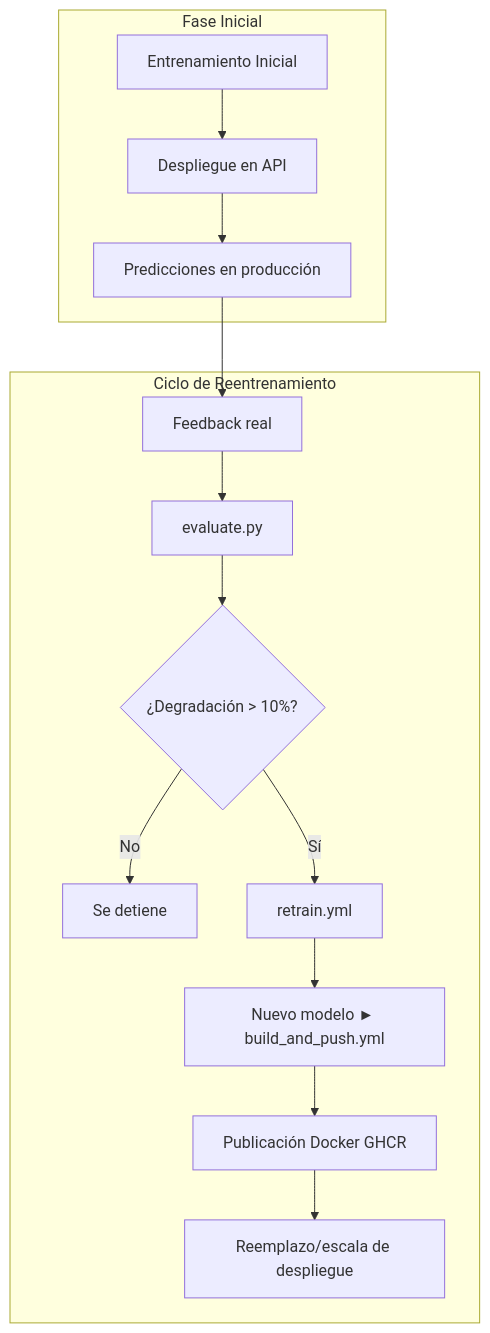
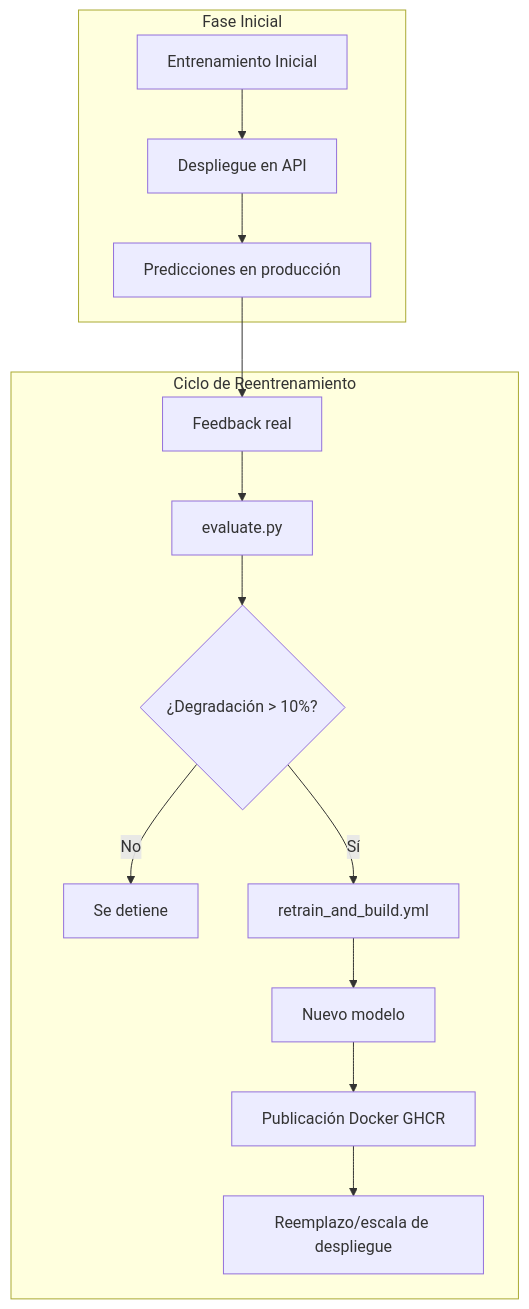
The diagram in README.md (sisazac23/MELI-challenge), drawn with Mermaid before and after one commit.

Commit message:
cambio sobre gráfico de arquitectura

````diff
--- a/README.md
+++ b/README.md
@@ -50,17 +50,17 @@
 ```mermaid
 graph TD
     subgraph "Fase Inicial"
         A[Entrenamiento Inicial] --> B[Despliegue en API] --> C[Predicciones en producción]
     end
 
     subgraph "Ciclo de Reentrenamiento"
         C --> D[Feedback real]
         D --> E[evaluate.py]
         E --> F{¿Degradación > 10%?}
         F -- No --> G[Se detiene]
-        F -- Sí --> H[retrain.yml]
-        H --> I[Nuevo modelo ► build_and_push.yml]
+        F -- Sí --> H[retrain_and_build.yml]
+        H --> I[Nuevo modelo]
         I --> J[Publicación Docker GHCR]
         J --> K[Reemplazo/escala de despliegue]
     end
 ```
````
